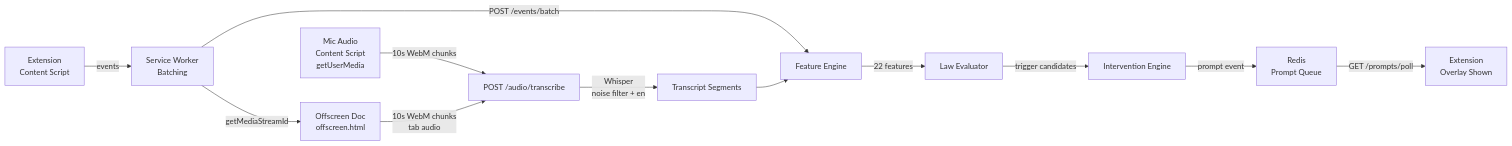
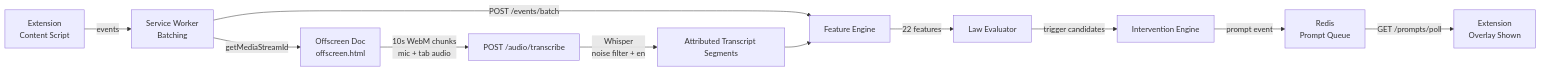
The diagram in ARCHITECTURE.md (rajivchandrasekaran-paintrobot/gleameet), drawn with Mermaid before and after one commit. The commit also changed other lines of this file and 15 other files, not shown here.

Commit message:
add transcript attribution for user-only coaching

````diff
--- a/ARCHITECTURE.md
+++ b/ARCHITECTURE.md
@@ -49,16 +49,14 @@
 ```mermaid
 flowchart LR
     A[Extension<br/>Content Script] -->|events| B[Service Worker<br/>Batching]
     B -->|POST /events/batch| C[Feature Engine]
     C -->|22 features| D[Law Evaluator]
     D -->|trigger candidates| E[Intervention Engine]
     E -->|prompt event| F[Redis<br/>Prompt Queue]
     F -->|GET /prompts/poll| G[Extension<br/>Overlay Shown]
 
-    H[Mic Audio<br/>Content Script<br/>getUserMedia] -->|10s WebM chunks| I[POST /audio/transcribe]
-    I -->|Whisper<br/>noise filter + en| J[Transcript Segments]
+    B -->|getMediaStreamId| K[Offscreen Doc<br/>offscreen.html]
+    K -->|10s WebM chunks<br/>mic + tab audio| I[POST /audio/transcribe]
+    I -->|Whisper<br/>noise filter + en| J[Attributed Transcript Segments]
     J --> C
-
-    B -->|getMediaStreamId| K[Offscreen Doc<br/>offscreen.html]
-    K -->|10s WebM chunks<br/>tab audio| I
 ```
````
